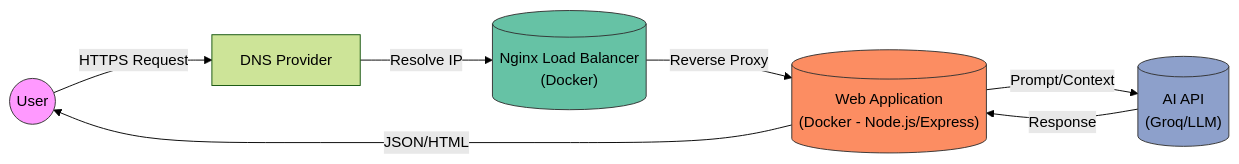
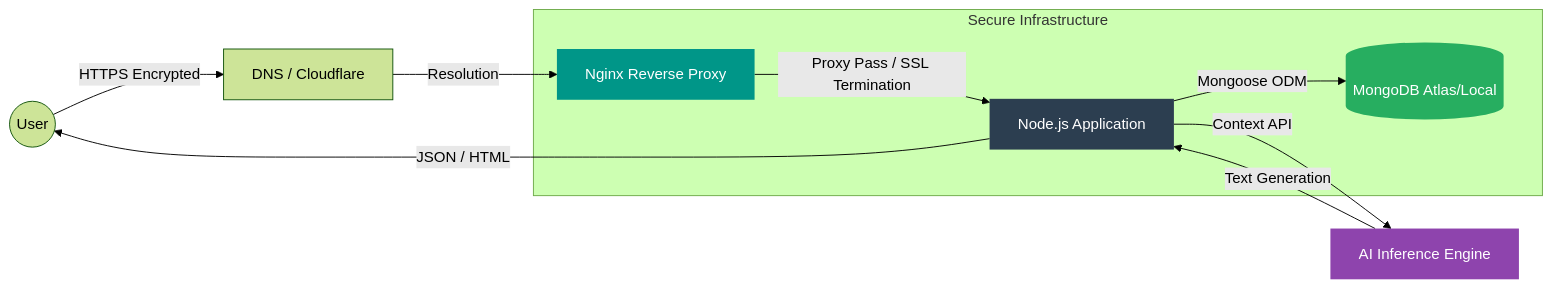
Before and after one commit to AlejandroLopezSalek/TurkamericaODL: the first of 3 diagrams in README.md, drawn with Mermaid (forest theme). The commit also changed other lines of this file, not shown here.

````diff
--- a/README.md
+++ b/README.md
@@ -13,20 +16,28 @@
 ```mermaid
 graph LR
     User((User))
-    DNS[DNS Provider]
-    Nginx[("Nginx Load Balancer\n(Docker)")]
-    App[("Web Application\n(Docker - Node.js/Express)")]
-    AI[("AI API\n(Groq/LLM)")]
+    DNS[DNS / Cloudflare]
+    Nginx[Nginx Reverse Proxy]
+    App[Node.js Application]
+    DB[(MongoDB Atlas/Local)]
+    AI[AI Inference Engine]
 
-    User -->|HTTPS Request| DNS
-    DNS -->|Resolve IP| Nginx
-    Nginx -->|Reverse Proxy| App
-    App -->|Prompt/Context| AI
-    AI -->|Response| App
-    App -->|JSON/HTML| User
+    subgraph "Secure Infrastructure"
+    Nginx
+    App
+    DB
+    end
 
-    style User fill:#f9f,stroke:#333
-    style Nginx fill:#66c2a5,stroke:#333
-    style App fill:#fc8d62,stroke:#333
-    style AI fill:#8da0cb,stroke:#333
+    User -->|HTTPS Encrypted| DNS
+    DNS -->|Resolution| Nginx
+    Nginx -->|Proxy Pass / SSL Termination| App
+    App -->|Mongoose ODM| DB
+    App -->|Context API| AI
+    AI -->|Text Generation| App
+    App -->|JSON / HTML| User
+
+    style Nginx fill:#009688,stroke:#fff,stroke-width:0px,color:#fff
+    style App fill:#2c3e50,stroke:#fff,stroke-width:0px,color:#fff
+    style DB fill:#27ae60,stroke:#fff,stroke-width:0px,color:#fff
+    style AI fill:#8e44ad,stroke:#fff,stroke-width:0px,color:#fff
 ```
````
